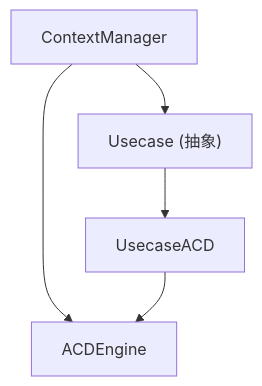
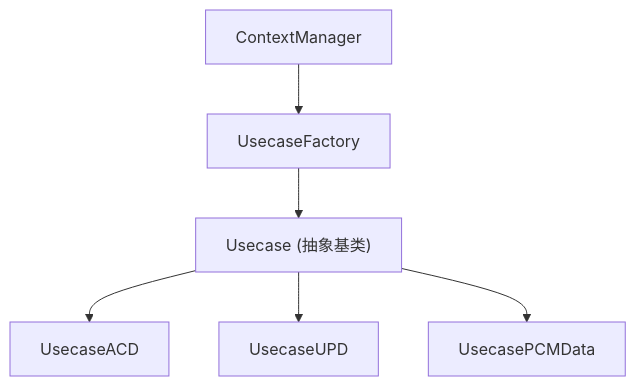
One commit to yanglinzhen1022/SA8295_AAOS_QNX_Audio_KnowledgeBase changed the second of 8 diagrams in 15_PAL_Architecture/15_15.11_编解码器插件_pluginscodecs.md. Above: the diagram before and after it, drawn with Mermaid. The commit also changed other lines of this file and 48 other files, not shown here.

````diff
--- a/15_PAL_Architecture/15_15.11_编解码器插件_pluginscodecs.md
+++ b/15_PAL_Architecture/15_15.11_编解码器插件_pluginscodecs.md
@@ -68,11 +70,14 @@
 ```mermaid
 graph TB
     CM["ContextManager"]
-    Usecase["Usecase (抽象)"]
+    Factory["UsecaseFactory"]
+    Usecase["Usecase (抽象基类)"]
     UsecaseACD["UsecaseACD"]
-    ACDEngine2["ACDEngine"]
-    CM --> Usecase
+    UsecaseUPD["UsecaseUPD"]
+    UsecasePCMData["UsecasePCMData"]
+    CM --> Factory
+    Factory --> Usecase
     Usecase --> UsecaseACD
-    CM --> ACDEngine2
-    UsecaseACD --> ACDEngine2
+    Usecase --> UsecaseUPD
+    Usecase --> UsecasePCMData
 ```
````
